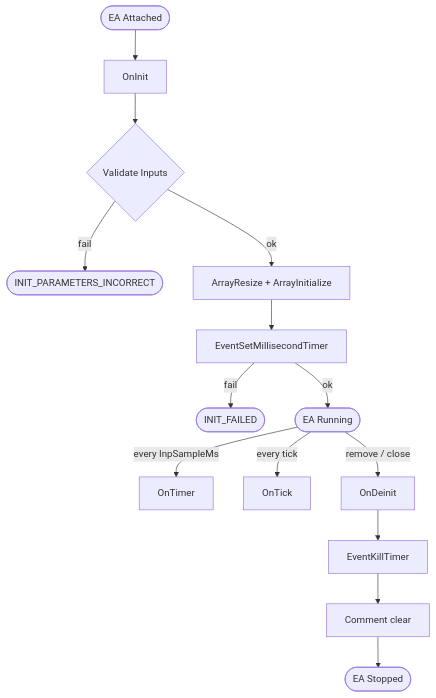
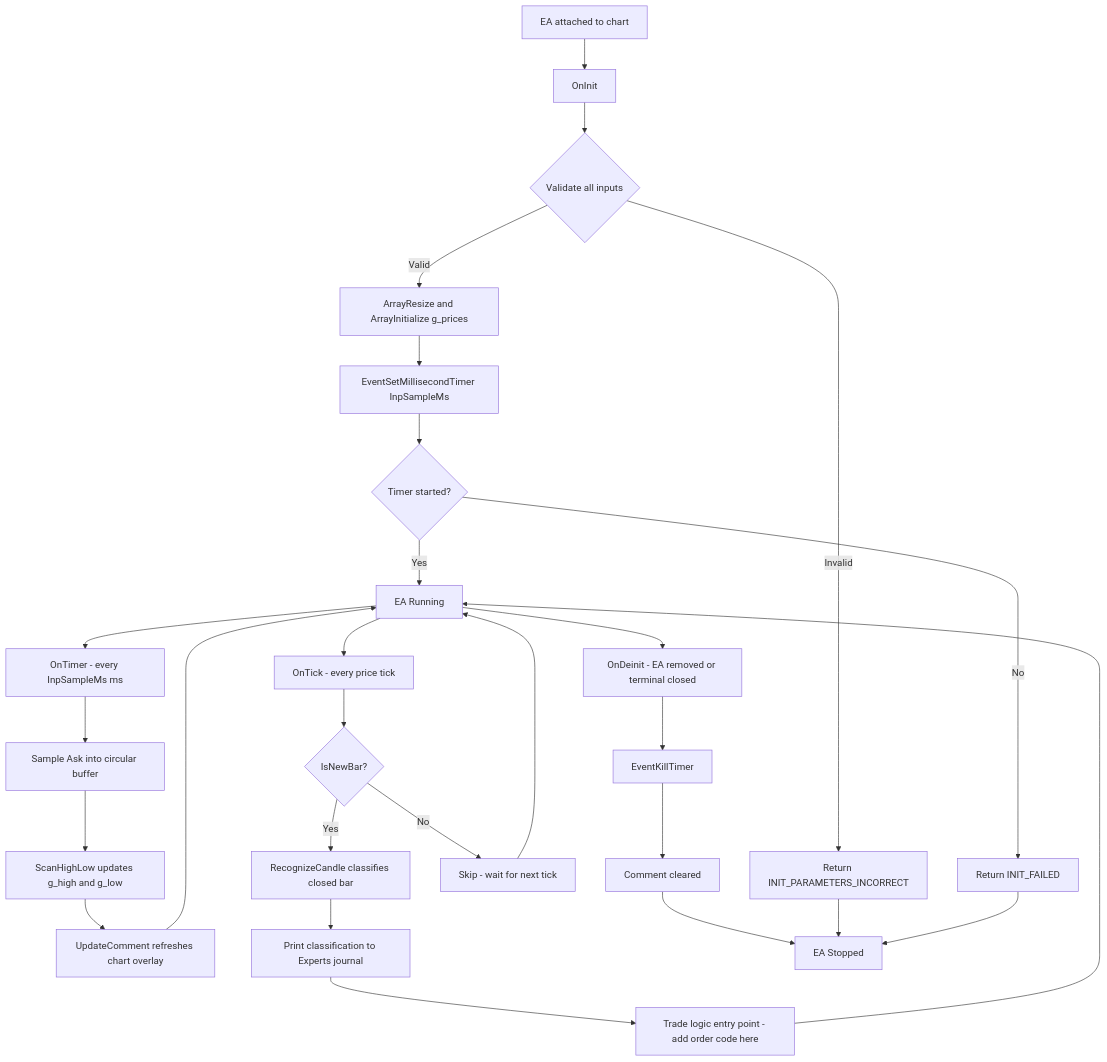
The fourth of 4 diagrams in README.md (nhasibuan/oneminuteman), drawn with Mermaid before and after one commit. The commit also changed other lines of this file, not shown here.

First line of the commit message:
Revise candlestick engine patterns and parameters

````diff
--- a/README.md
+++ b/README.md
@@ -257,16 +242,35 @@
 ```mermaid
 flowchart TD
-    A([EA Attached]) --> B[OnInit]
-    B --> C{Validate Inputs}
-    C -->|fail| D([INIT_PARAMETERS_INCORRECT])
-    C -->|ok| E[ArrayResize + ArrayInitialize]
-    E --> F[EventSetMillisecondTimer]
-    F -->|fail| G([INIT_FAILED])
-    F -->|ok| H([EA Running])
-    H -->|every InpSampleMs| I[OnTimer]
-    H -->|every tick| J[OnTick]
-    H -->|remove / close| K[OnDeinit]
-    K --> L[EventKillTimer]
-    L --> M[Comment clear]
-    M --> N([EA Stopped])
+    Start[EA attached to chart] --> OnInit
+    OnInit --> Validate{Validate all inputs}
+    Validate -->|Invalid| FailParam[Return INIT_PARAMETERS_INCORRECT]
+    Validate -->|Valid| Allocate[ArrayResize and ArrayInitialize g_prices]
+    Allocate --> SetTimer[EventSetMillisecondTimer InpSampleMs]
+    SetTimer --> CheckTimer{Timer started?}
+    CheckTimer -->|No| FailTimer[Return INIT_FAILED]
+    CheckTimer -->|Yes| Running[EA Running]
+    
+    Running --> TimerEvent[OnTimer - every InpSampleMs ms]
+    Running --> TickEvent[OnTick - every price tick]
+    Running --> Deinit[OnDeinit - EA removed or terminal closed]
+    
+    TimerEvent --> Sample[Sample Ask into circular buffer]
+    Sample --> ScanHL[ScanHighLow updates g_high and g_low]
+    ScanHL --> UpdateC[UpdateComment refreshes chart overlay]
+    UpdateC --> Running
+    
+    TickEvent --> NewBarCheck{IsNewBar?}
+    NewBarCheck -->|No| Skip[Skip - wait for next tick]
+    NewBarCheck -->|Yes| RecogC[RecognizeCandle classifies closed bar]
+    RecogC --> PrintLog[Print classification to Experts journal]
+    PrintLog --> TradeEntry[Trade logic entry point - add order code here]
+    TradeEntry --> Running
+    Skip --> Running
+    
+    Deinit --> KillTimer[EventKillTimer]
+    KillTimer --> ClearComment[Comment cleared]
+    ClearComment --> Stopped[EA Stopped]
+    
+    FailParam --> Stopped
+    FailTimer --> Stopped
 ```
````
